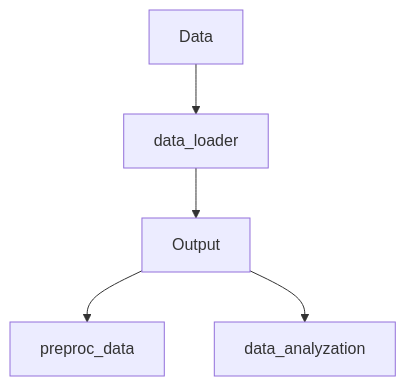
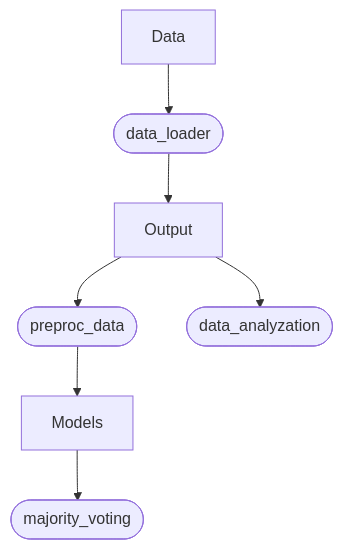
One commit to Yahnnosh/Sensor-Based-Modeling-of-Fatigue-Using-Transformer-Model changed the diagram in README.md. Above: the diagram before and after it, drawn with Mermaid. The commit also changed 4 other files, not shown here.

````diff
--- a/README.md
+++ b/README.md
@@ -4,7 +4,9 @@
 ```mermaid
 graph TD;
-    Data --> data_loader; 
-    data_loader --> Output;
-    Output --> preproc_data;
-    Output --> data_analyzation;   
+    Data --> id1([data_loader]); 
+    id1([data_loader]) --> Output;
+    Output --> id2([preproc_data]);
+    Output --> id3([data_analyzation]);
+    id2([preproc_data]) --> Models;
+    Models --> id4([majority_voting]);   
 ```
````
